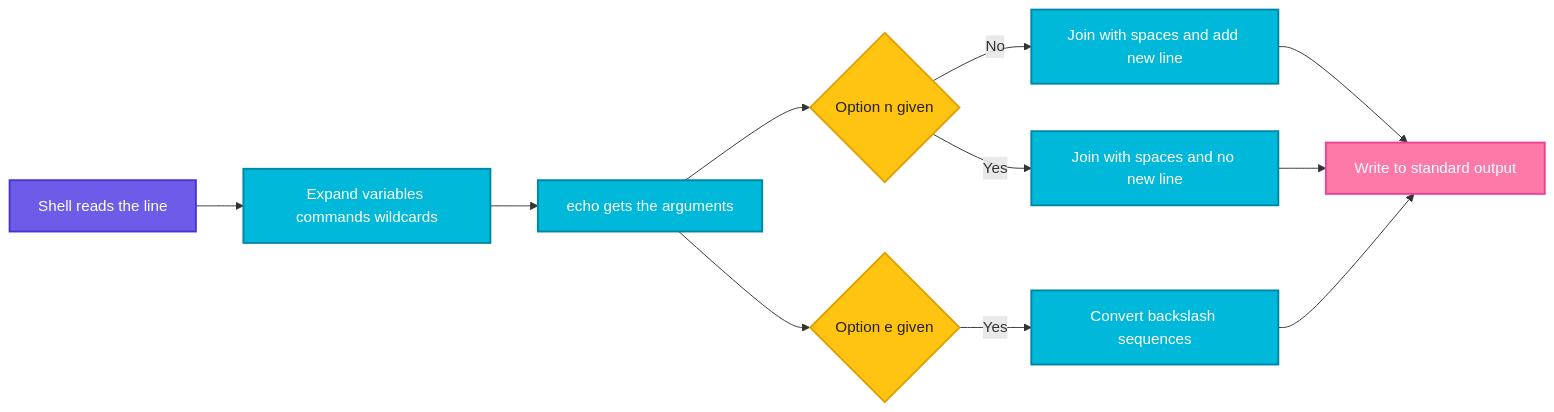
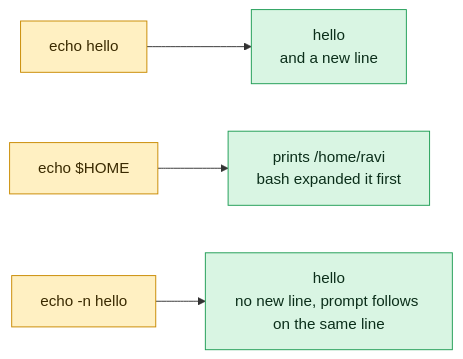
The diagram in linux/shell-basics/echo.md (codeKerdosTech/DevOps-Documentation), drawn with Mermaid before and after one commit. The commit also changed other lines of this file and 165 other files, not shown here.

Commit message:
updated diagrams in linux

````diff
--- a/linux/shell-basics/echo.md
+++ b/linux/shell-basics/echo.md
@@ -15,24 +15,13 @@
 ```mermaid
 flowchart LR
-    A[Shell reads the line] --> B[Expand variables commands wildcards]
-    B --> C[echo gets the arguments]
-    C --> D{Option n given}
-    D -->|No| E[Join with spaces and add new line]
-    D -->|Yes| F[Join with spaces and no new line]
-    C --> G{Option e given}
-    G -->|Yes| H[Convert backslash sequences]
-    E --> I[Write to standard output]
-    F --> I
-    H --> I
-    classDef start fill:#6C5CE7,stroke:#4834D4,stroke-width:2px,color:#fff
-    classDef proc fill:#00B8D9,stroke:#0087A8,stroke-width:2px,color:#fff
-    classDef dec fill:#FFC312,stroke:#E1A100,stroke-width:2px,color:#222
-    classDef ok fill:#2ECC71,stroke:#1E8449,stroke-width:2px,color:#fff
-    classDef err fill:#FF4757,stroke:#C0392B,stroke-width:2px,color:#fff
-    classDef out fill:#FD79A8,stroke:#E84393,stroke-width:2px,color:#fff
-    classDef alt fill:#FF9F43,stroke:#E67E22,stroke-width:2px,color:#fff
-    class A start
-    class B,C,E,F,H proc
-    class D,G dec
-    class I out
+    c1[echo hello] --> o1[hello<br/>and a new line]
+    c2[echo $HOME] --> o2[prints /home/ravi<br/>bash expanded it first]
+    c3[echo -n hello] --> o3[hello<br/>no new line, prompt follows on the same line]
+    classDef inp fill:#DCEBFF,stroke:#2F6FDE,color:#10213F
+    classDef cmd fill:#FFF0C2,stroke:#C98A00,color:#3A2A00
+    classDef out fill:#D9F5E3,stroke:#1F9D55,color:#0B2E1A
+    classDef bad fill:#FDE0E0,stroke:#D13B3B,color:#4A0F0F
+    classDef note fill:#ECEFF3,stroke:#7B8794,color:#1F2933
+    class c1,c2,c3 cmd
+    class o1,o2,o3 out
 ```
````
